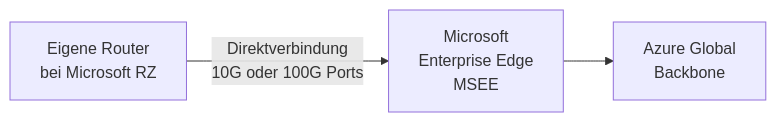
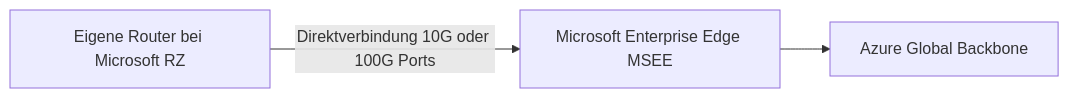
Before and after one commit to SoniiiT/notes-n-docs: the fifth of 13 diagrams in Microsoft 365/Azure/Netzwerk/Azure ExpressRoute.md, drawn with Mermaid. The commit also changed other lines of this file and 124 other files, not shown here.

First line of the commit message:
fix: Entferne \n aus allen Mermaid-Diagrammen (125 Dateien)

````diff
--- a/Microsoft 365/Azure/Netzwerk/Azure ExpressRoute.md
+++ b/Microsoft 365/Azure/Netzwerk/Azure ExpressRoute.md
@@ -89,5 +89,5 @@
 ```mermaid
 graph LR
-    CORP[Eigene Router\nbei Microsoft RZ] -->|Direktverbindung\n10G oder 100G Ports| MSEE[Microsoft\nEnterprise Edge\nMSEE]
-    MSEE --> AZURE[Azure Global\nBackbone]
+    CORP[Eigene Router bei Microsoft RZ] -->|Direktverbindung 10G oder 100G Ports| MSEE[Microsoft Enterprise Edge MSEE]
+    MSEE --> AZURE[Azure Global Backbone]
 ```
````
